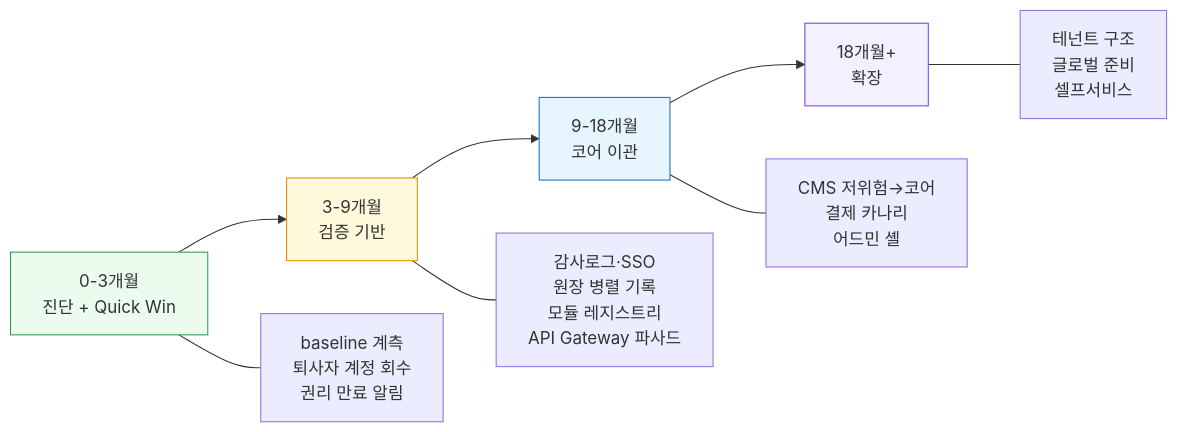
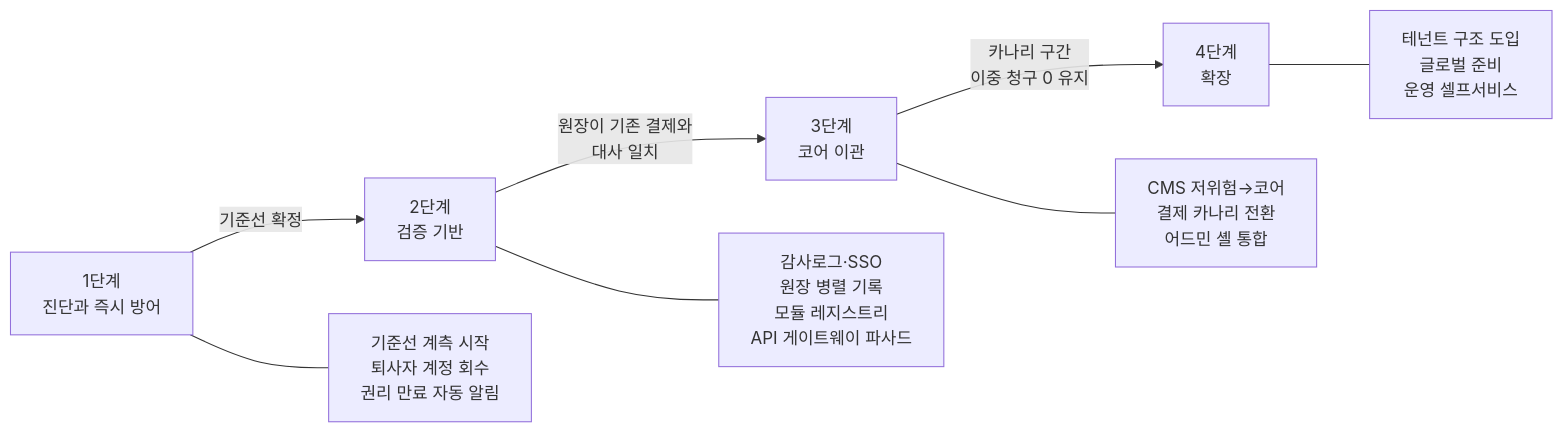
One commit to withwooyong/withwooyong.github.io changed the fourth of 7 diagrams in pages/product-lead-loadmap/00_허브.md. Above: the diagram before and after it, drawn with Mermaid. The commit also changed other lines of this file and 16 other files, not shown here.

````diff
--- a/pages/product-lead-loadmap/00_허브.md
+++ b/pages/product-lead-loadmap/00_허브.md
@@ -197,16 +238,11 @@
 ```mermaid
 flowchart LR
-    Q0["0-3개월<br/>진단 + Quick Win"] --> Q1["3-9개월<br/>검증 기반"]
-    Q1 --> Q2["9-18개월<br/>코어 이관"]
-    Q2 --> Q3["18개월+<br/>확장"]
+    Q0["1단계<br/>진단과 즉시 방어"] -->|기준선 확정| Q1["2단계<br/>검증 기반"]
+    Q1 -->|원장이 기존 결제와<br/>대사 일치| Q2["3단계<br/>코어 이관"]
+    Q2 -->|카나리 구간<br/>이중 청구 0 유지| Q3["4단계<br/>확장"]
 
-    Q0 --- L0["baseline 계측<br/>퇴사자 계정 회수<br/>권리 만료 알림"]
-    Q1 --- L1["감사로그·SSO<br/>원장 병렬 기록<br/>모듈 레지스트리<br/>API Gateway 파사드"]
-    Q2 --- L2["CMS 저위험→코어<br/>결제 카나리<br/>어드민 셸"]
-    Q3 --- L3["테넌트 구조<br/>글로벌 준비<br/>셀프서비스"]
-
-    style Q0 fill:#ebfbee,stroke:#2f9e44
-    style Q1 fill:#fff9db,stroke:#f08c00
-    style Q2 fill:#e7f5ff,stroke:#1971c2
-    style Q3 fill:#f3f0ff,stroke:#7048e8
+    Q0 --- L0["기준선 계측 시작<br/>퇴사자 계정 회수<br/>권리 만료 자동 알림"]
+    Q1 --- L1["감사로그·SSO<br/>원장 병렬 기록<br/>모듈 레지스트리<br/>API 게이트웨이 파사드"]
+    Q2 --- L2["CMS 저위험→코어<br/>결제 카나리 전환<br/>어드민 셸 통합"]
+    Q3 --- L3["테넌트 구조 도입<br/>글로벌 준비<br/>운영 셀프서비스"]
 ```
````
